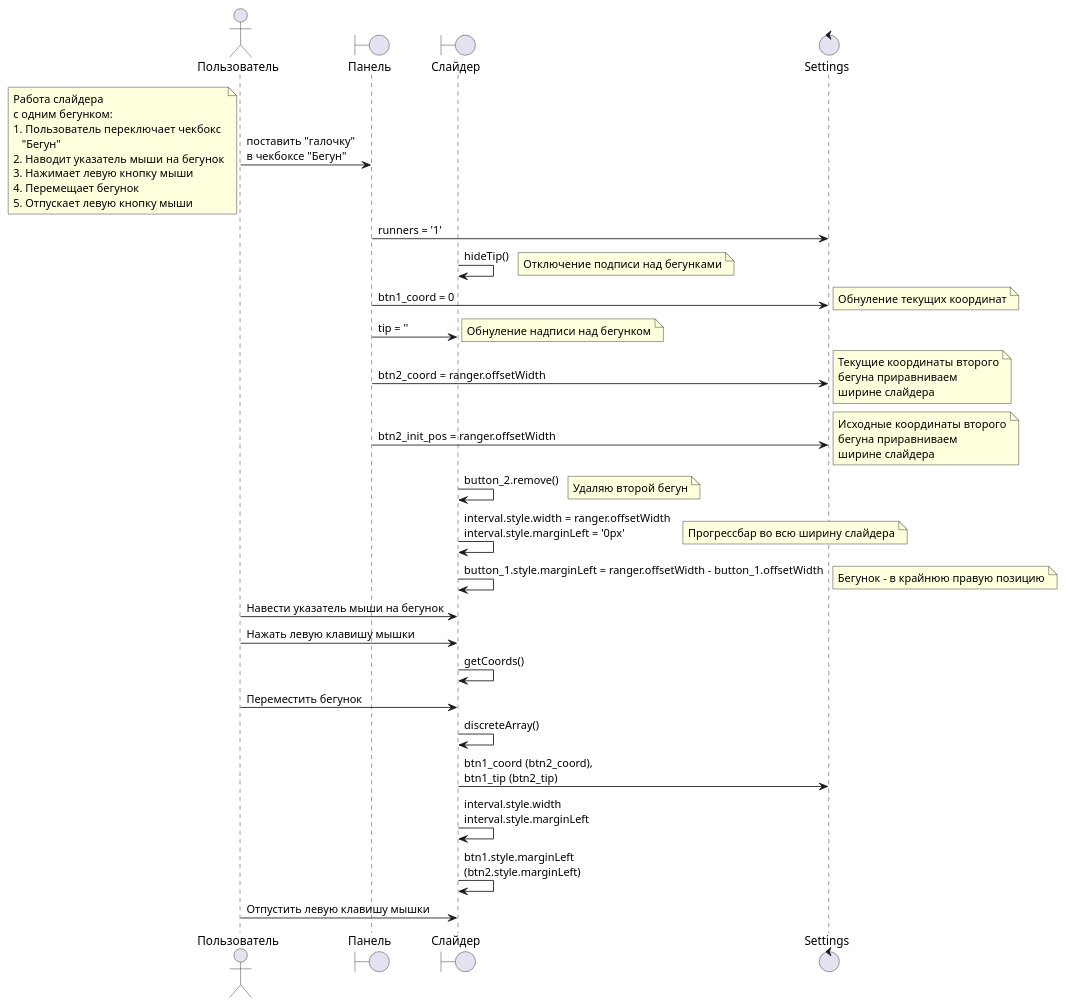
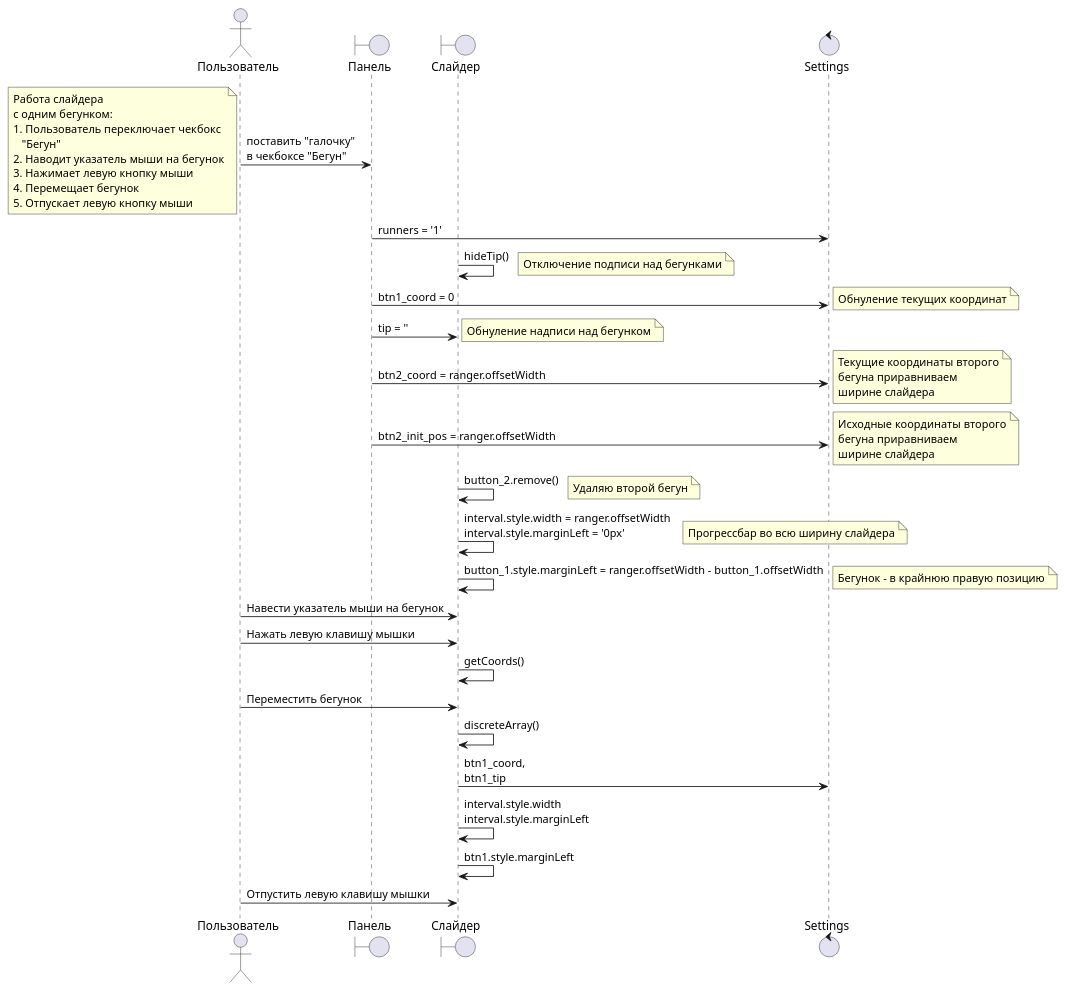
One commit to ZubrD/slider changed the diagram in src/uml/sequence_1runner.wsd. Above: the diagram before and after it, drawn with PlantUML.

Commit message:
Убрал из диаграммы упоминание о втором бегунке

```diff
--- a/src/uml/sequence_1runner.wsd
+++ b/src/uml/sequence_1runner.wsd
@@ -1,64 +1,64 @@
 @startuml
 actor Пользователь
 boundary Панель
 boundary Слайдер
 control Settings
 
 Пользователь -> Панель : поставить "галочку" \nв чекбоксе "Бегун"
 note left
 Работа слайдера
 с одним бегунком:
 1. Пользователь переключает чекбокс
    "Бегун"
 2. Наводит указатель мыши на бегунок
 3. Нажимает левую кнопку мыши
 4. Перемещает бегунок
 5. Отпускает левую кнопку мыши
 end note 
 Панель -> Settings : runners = '1'
 Слайдер -> Слайдер : hideTip()
 note right
 Отключение подписи над бегунками
 end note
 Панель -> Settings : btn1_coord = 0
 note right
 Обнуление текущих координат
 end note
 Панель -> Слайдер : tip = ''
 note right
 Обнуление надписи над бегунком
 end note
 Панель -> Settings : btn2_coord = ranger.offsetWidth
 note right
 Текущие координаты второго
 бегуна приравниваем
 ширине слайдера
 end note
 Панель -> Settings : btn2_init_pos = ranger.offsetWidth
 note right
 Исходные координаты второго
 бегуна приравниваем
 ширине слайдера
 end note
 Слайдер -> Слайдер : button_2.remove()
 note right
 Удаляю второй бегун
 end note
 Слайдер -> Слайдер : interval.style.width = ranger.offsetWidth \ninterval.style.marginLeft = '0px'
 note right
 Прогрессбар во всю ширину слайдера
 end note
 Слайдер -> Слайдер : button_1.style.marginLeft = ranger.offsetWidth - button_1.offsetWidth
 note right
 Бегунок - в крайнюю правую позицию
 end note
 Пользователь -> Слайдер : Навести указатель мыши на бегунок
 Пользователь -> Слайдер: Нажать левую клавишу мышки
 Слайдер -> Слайдер : getCoords()
 Пользователь -> Слайдер : Переместить бегунок
 Слайдер -> Слайдер: discreteArray()
-Слайдер -> Settings : btn1_coord (btn2_coord),\nbtn1_tip (btn2_tip)
+Слайдер -> Settings : btn1_coord,\nbtn1_tip
 Слайдер -> Слайдер : interval.style.width \ninterval.style.marginLeft
-Слайдер -> Слайдер  : btn1.style.marginLeft \n(btn2.style.marginLeft)
+Слайдер -> Слайдер  : btn1.style.marginLeft
 Пользователь -> Слайдер : Отпустить левую клавишу мышки
 @enduml
```
